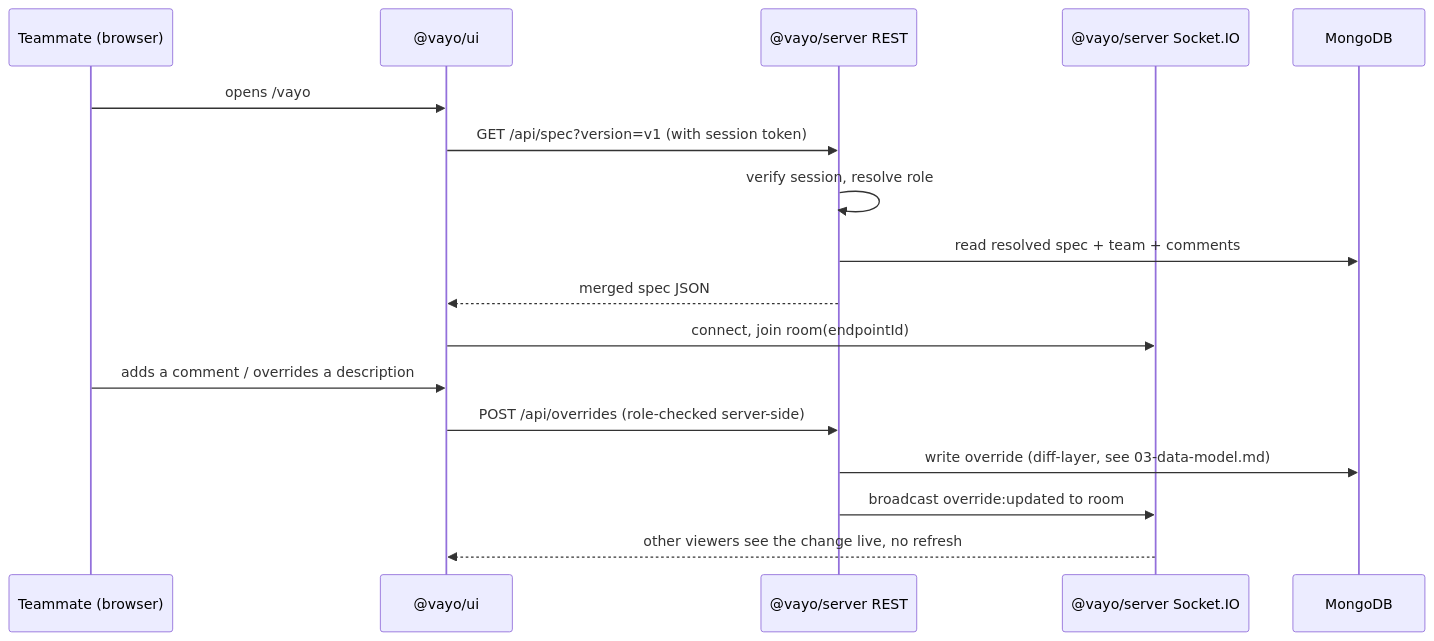
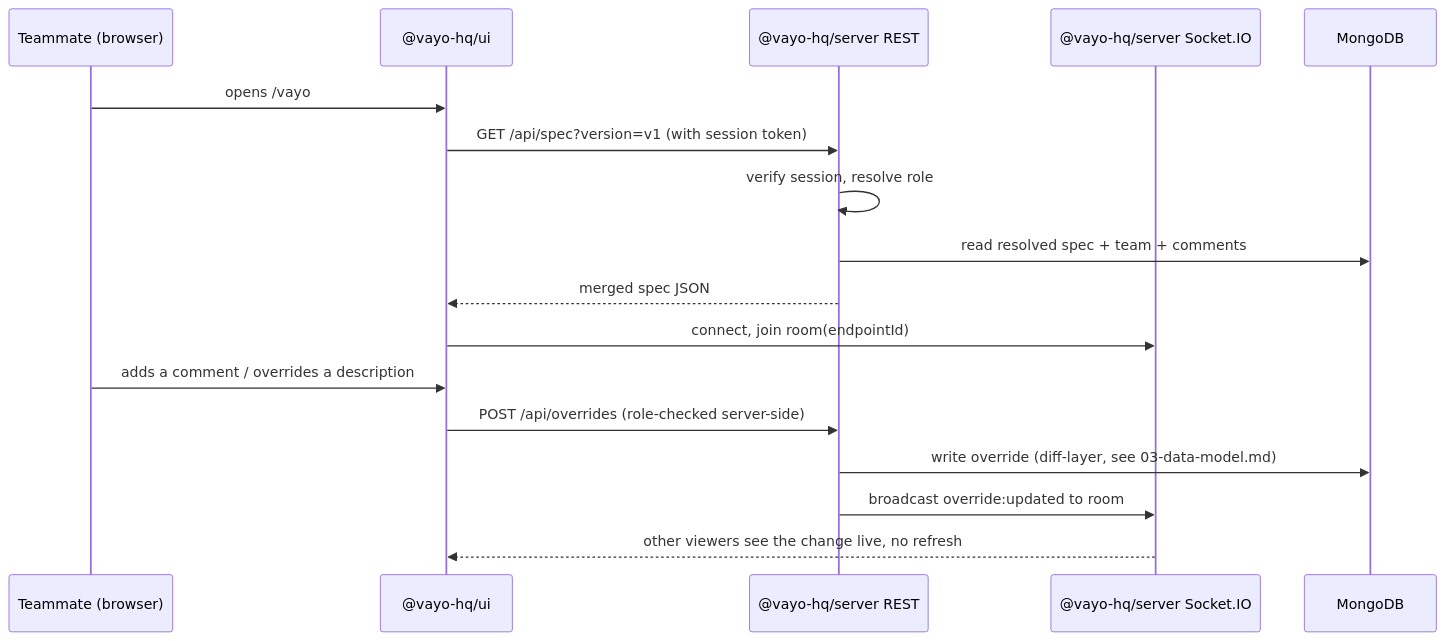
The third of 3 diagrams in docs/02-architecture.md (SayantanCode/vayo), drawn with Mermaid before and after one commit. The commit also changed other lines of this file and 181 other files, not shown here.

````diff
--- a/docs/02-architecture.md
+++ b/docs/02-architecture.md
@@ -75,20 +75,20 @@
 ```mermaid
 sequenceDiagram
     participant Dev as Teammate (browser)
-    participant UI as @vayo/ui
-    participant API as @vayo/server REST
-    participant WS as @vayo/server Socket.IO
+    participant UI as @vayo-hq/ui
+    participant API as @vayo-hq/server REST
+    participant WS as @vayo-hq/server Socket.IO
     participant DB as MongoDB
 
     Dev->>UI: opens /vayo
     UI->>API: GET /api/spec?version=v1 (with session token)
     API->>API: verify session, resolve role
     API->>DB: read resolved spec + team + comments
     API-->>UI: merged spec JSON
     UI->>WS: connect, join room(endpointId)
     Dev->>UI: adds a comment / overrides a description
     UI->>API: POST /api/overrides (role-checked server-side)
     API->>DB: write override (diff-layer, see 03-data-model.md)
     API->>WS: broadcast override:updated to room
     WS-->>UI: other viewers see the change live, no refresh
 ```
````
